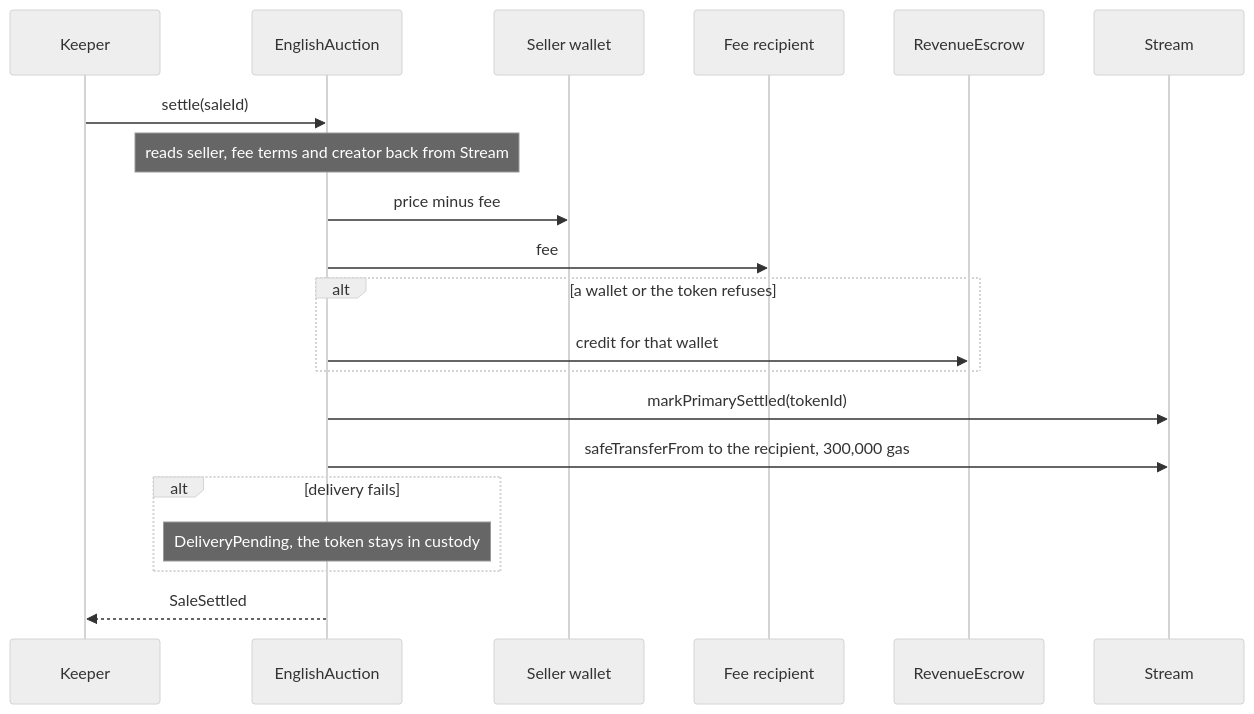
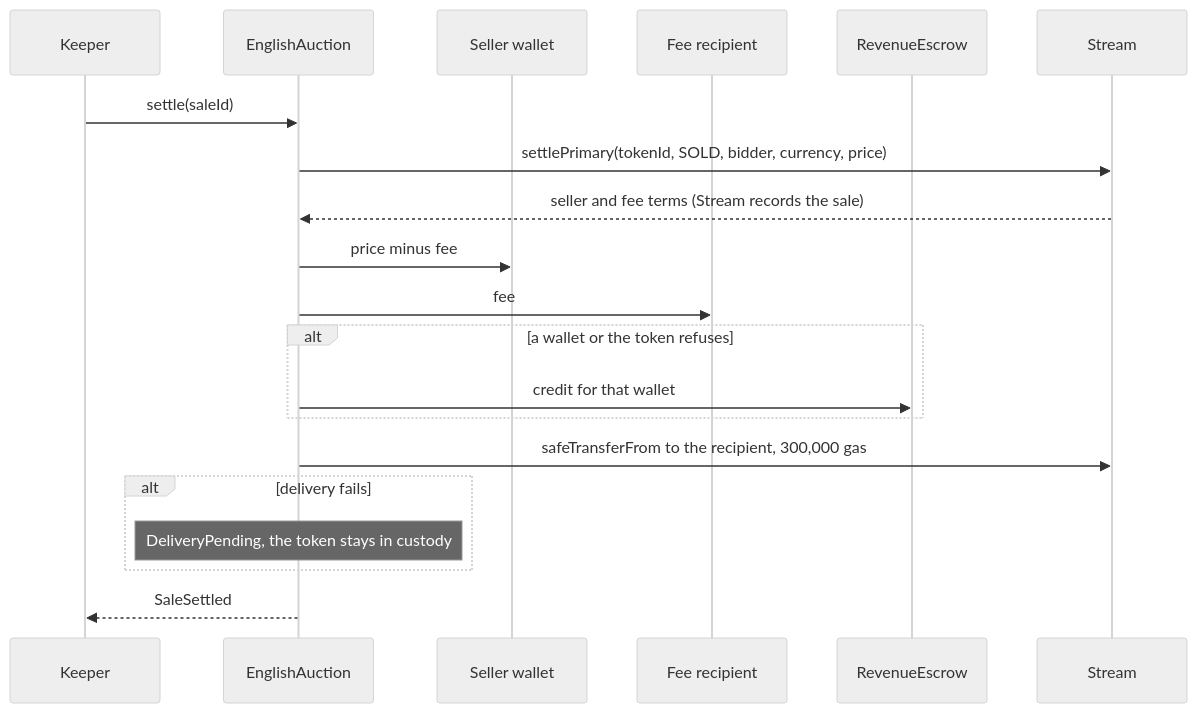
One commit to 6529-Collections/6529-works changed the fourth of 4 diagrams in docs/integrators/buying-bidding-settling.md. Above: the diagram before and after it, drawn with Mermaid (neutral theme). The commit also changed 48 other files, not shown here.

First line of the commit message:
rc.2 L3: Stream records each 1/1's primary-sale outcome and takes unsold works to the museum (owner decision 17) (#82)

````diff
--- a/docs/integrators/buying-bidding-settling.md
+++ b/docs/integrators/buying-bidding-settling.md
@@ -413,22 +413,22 @@
 ```mermaid
 sequenceDiagram
     participant Keeper
     participant Auction as EnglishAuction
     participant Seller as Seller wallet
     participant Fee as Fee recipient
     participant Escrow as RevenueEscrow
     participant Stream
     Keeper->>Auction: settle(saleId)
-    Note over Auction: reads seller, fee terms and creator back from Stream
+    Auction->>Stream: settlePrimary(tokenId, SOLD, bidder, currency, price)
+    Stream-->>Auction: seller and fee terms (Stream records the sale)
     Auction->>Seller: price minus fee
     Auction->>Fee: fee
     alt a wallet or the token refuses
         Auction->>Escrow: credit for that wallet
     end
-    Auction->>Stream: markPrimarySettled(tokenId)
     Auction->>Stream: safeTransferFrom to the recipient, 300,000 gas
     alt delivery fails
         Note over Auction: DeliveryPending, the token stays in custody
     end
     Auction-->>Keeper: SaleSettled
 ```
````
